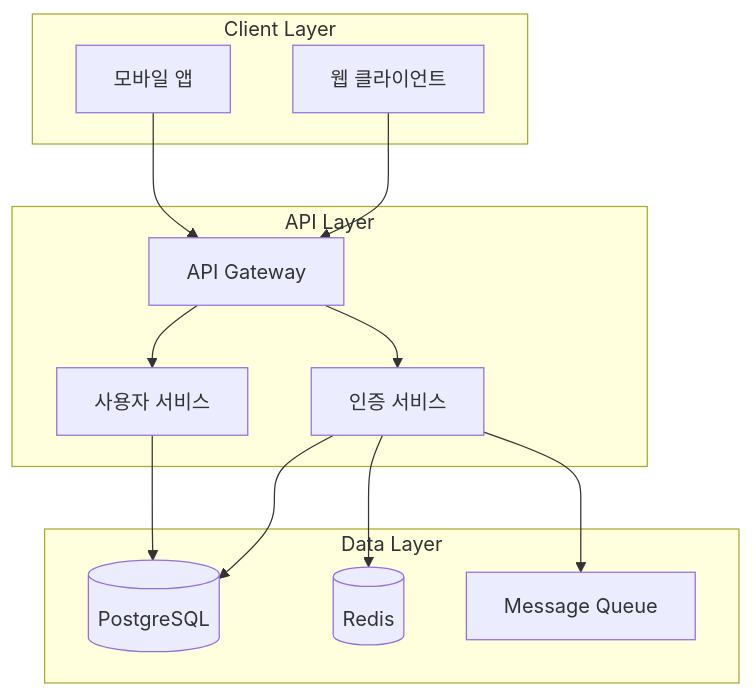
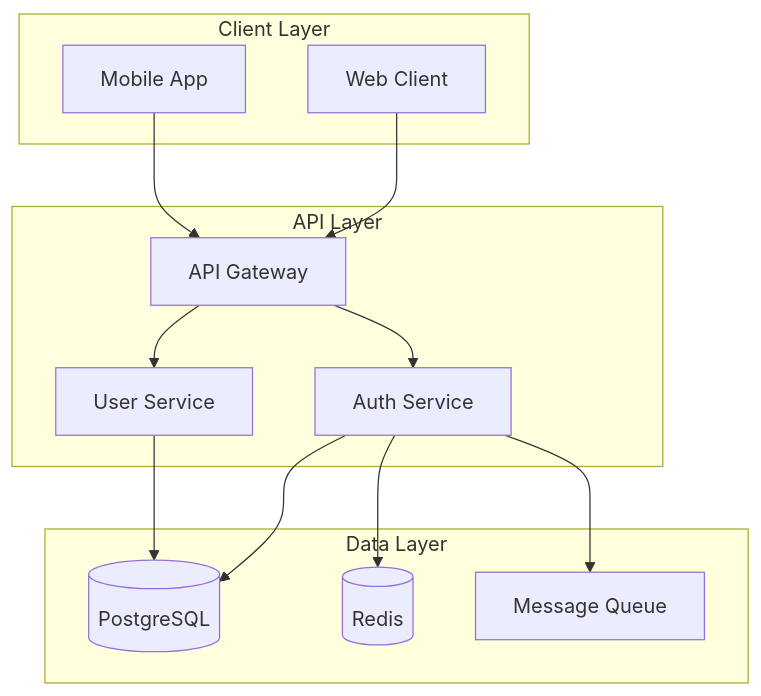
One commit to starfishfactory/ai changed the second of 3 diagrams in plugins/sdd-tech-spec/skills/spec-examples/SKILL.md. Above: the diagram before and after it, drawn with Mermaid. The commit also changed other lines of this file and 63 other files, not shown here.

````diff
--- a/plugins/sdd-tech-spec/skills/spec-examples/SKILL.md
+++ b/plugins/sdd-tech-spec/skills/spec-examples/SKILL.md
@@ -143,28 +126,28 @@
 ```mermaid
 graph TD
     subgraph Client Layer
-        Web[웹 클라이언트]
-        Mobile[모바일 앱]
+        Web[Web Client]
+        Mobile[Mobile App]
     end
 
     subgraph API Layer
         GW[API Gateway]
-        Auth[인증 서비스]
-        User[사용자 서비스]
+        Auth[Auth Service]
+        User[User Service]
     end
 
     subgraph Data Layer
         DB[(PostgreSQL)]
         Cache[(Redis)]
         MQ[Message Queue]
     end
 
     Web --> GW
     Mobile --> GW
     GW --> Auth
     GW --> User
     Auth --> DB
     Auth --> Cache
     User --> DB
     Auth --> MQ
 ```
````
